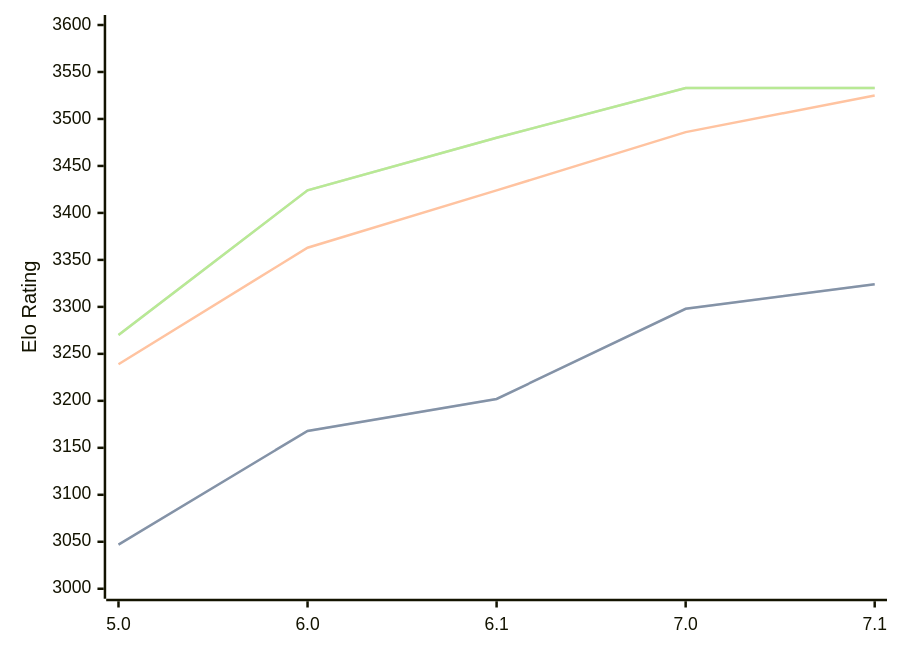
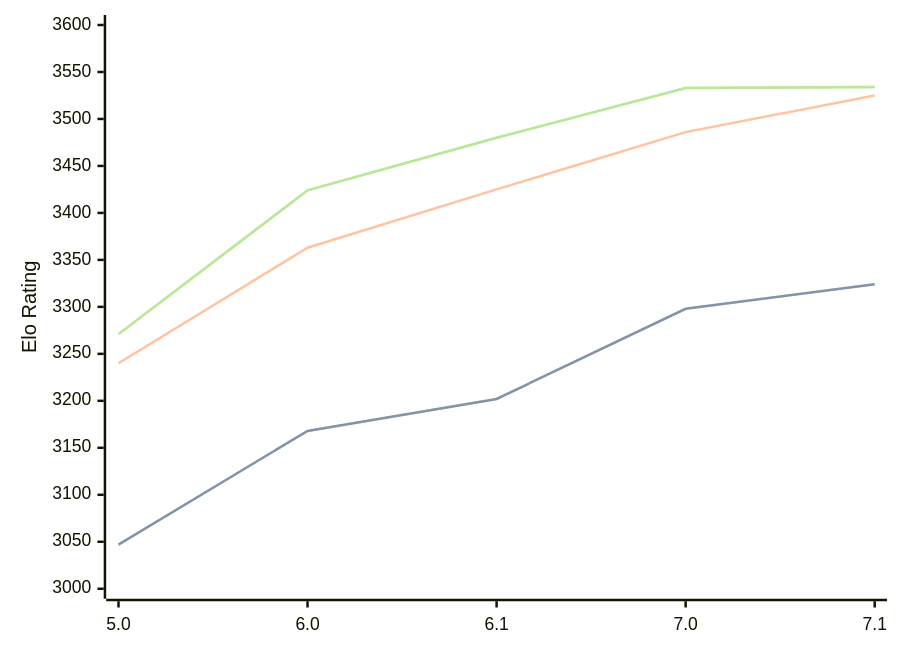
The diagram in engines/PZChessBot.md (computer-chess-index/cci), drawn with Mermaid before and after one commit. The commit also changed other lines of this file, not shown here.

Commit message:
Update CCI Ratings (ELO VLTC) - 2026-09-06

````diff
--- a/engines/PZChessBot.md
+++ b/engines/PZChessBot.md
@@ -35,11 +35,11 @@
 ```mermaid
 %%{init: {"theme":"base","themeVariables":{"seriesColors:['#a3a3a3','#222221','#faa371']}}}%%
 xychart-beta
   x-axis ["5.0", "6.0", "6.1", "7.0", "7.1"]
   y-axis "Elo Rating" 3000 --> 3600
   line "" [3047, 3168, 3202, 3298, 3324]
   line "STC (8.0+0.08s)" [3047, 3168, 3202, 3298, 3324]
-  line "LTC (60.0+0.60s)" [3239, 3363, 3424, 3486, 3525]
-  line "" [3270, 3424, 3480, 3533, 3533]
-  line "VLTC (2m24s+1.12s)" [3270, 3424, 3480, 3533, 3533]
+  line "LTC (60.0+0.60s)" [3240, 3363, 3425, 3486, 3525]
+  line "" [3271, 3424, 3480, 3533, 3534]
+  line "VLTC (2m24s+1.12s)" [3271, 3424, 3480, 3533, 3534]
 ```
````
